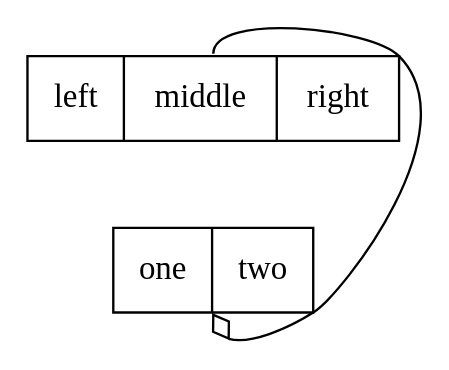
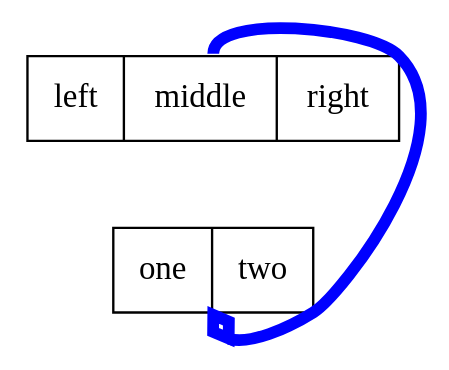
Before and after one commit to graphviz-perl/GraphViz2-Marpa: the diagram in data/17.gv, drawn with Graphviz. The commit also changed 10 other files, not shown here.

```diff
--- a/data/17.gv
+++ b/data/17.gv
@@ -1,19 +1,24 @@
 digraph graph_17
 {
 	node
 	[
 		shape = "record"
+	]
+	edge
+	[
+		color = "blue"
+		penwidth = 5
 	]
 	node_17_1
 	[
 		label = "<f0> left|<f1> middle|<f2> right"
 	]
 	node_17_2
 	[
 		label = "<f0> one|<f1> two"
 	]
 	node_17_1:n -> node_17_2:s
 	[
 		arrowhead = "odiamond"
 	]
 }
```
